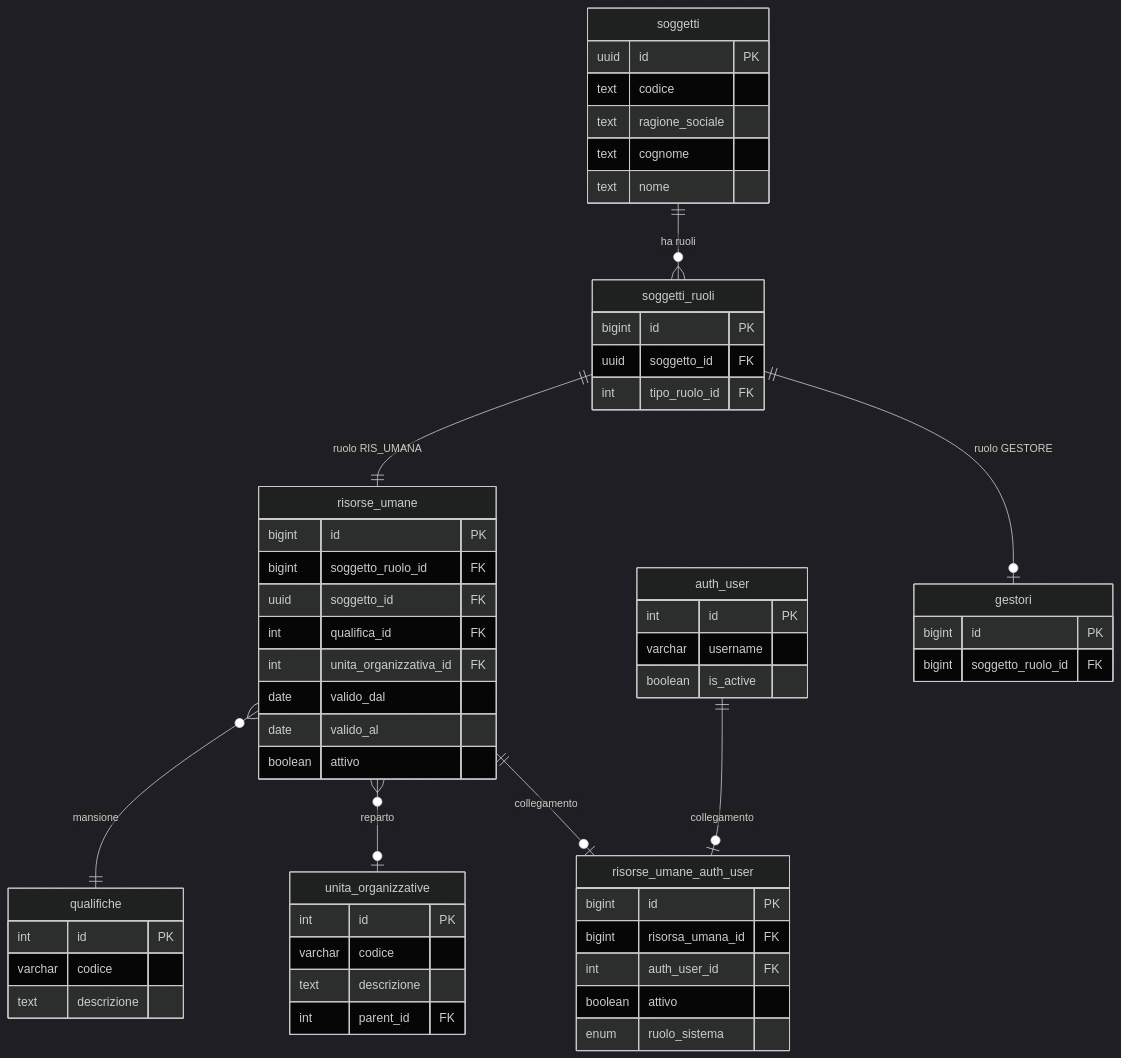
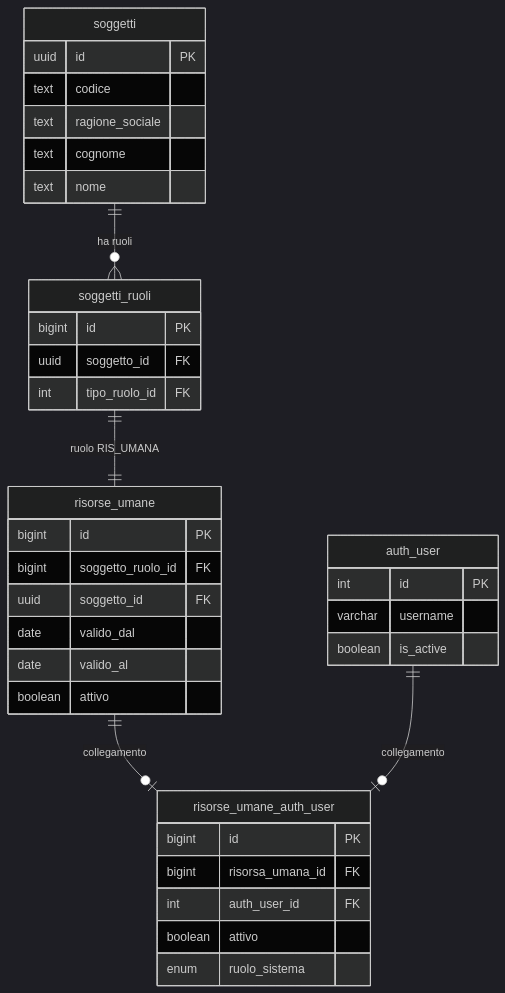
The first of 2 diagrams in docs/it/guide/risorse-umane-e-accessi.md (Tito-it/ZeroErp), drawn with Mermaid (dark theme) before and after one commit. The commit also changed other lines of this file and 16 other files, not shown here.

````diff
--- a/docs/it/guide/risorse-umane-e-accessi.md
+++ b/docs/it/guide/risorse-umane-e-accessi.md
@@ -248,74 +261,44 @@
 ```mermaid
 erDiagram
     soggetti {
         uuid id PK
         text codice
         text ragione_sociale
         text cognome
         text nome
     }
 
     soggetti_ruoli {
         bigint id PK
         uuid soggetto_id FK
         int tipo_ruolo_id FK
     }
 
     risorse_umane {
         bigint id PK
         bigint soggetto_ruolo_id FK
         uuid soggetto_id FK
-        int qualifica_id FK
-        int unita_organizzativa_id FK
         date valido_dal
         date valido_al
         boolean attivo
     }
 
     risorse_umane_auth_user {
         bigint id PK
         bigint risorsa_umana_id FK
         int auth_user_id FK
         boolean attivo
         enum ruolo_sistema
     }
 
     auth_user {
         int id PK
         varchar username
         boolean is_active
     }
 
-    gestori {
-        bigint id PK
-        bigint soggetto_ruolo_id FK
-    }
-
-    qualifiche {
-        int id PK
-        varchar codice
-        text descrizione
-    }
-
-    unita_organizzative {
-        int id PK
-        varchar codice
-        text descrizione
-        int parent_id FK
-    }
-
-    %% Identita della persona (PF)
     soggetti ||--o{ soggetti_ruoli : "ha ruoli"
     soggetti_ruoli ||--|| risorse_umane : "ruolo RIS_UMANA"
-
-    %% Dati HR
-    risorse_umane }o--|| qualifiche : "mansione"
-    risorse_umane }o--o| unita_organizzative : "reparto"
-
-    %% Ponte verso Django
     risorse_umane ||--o| risorse_umane_auth_user : "collegamento"
     auth_user ||--o| risorse_umane_auth_user : "collegamento"
-
-    %% Il gestore (azienda PG) e un soggetto con ruolo diverso
-    soggetti_ruoli ||--o| gestori : "ruolo GESTORE"
 ```
````
